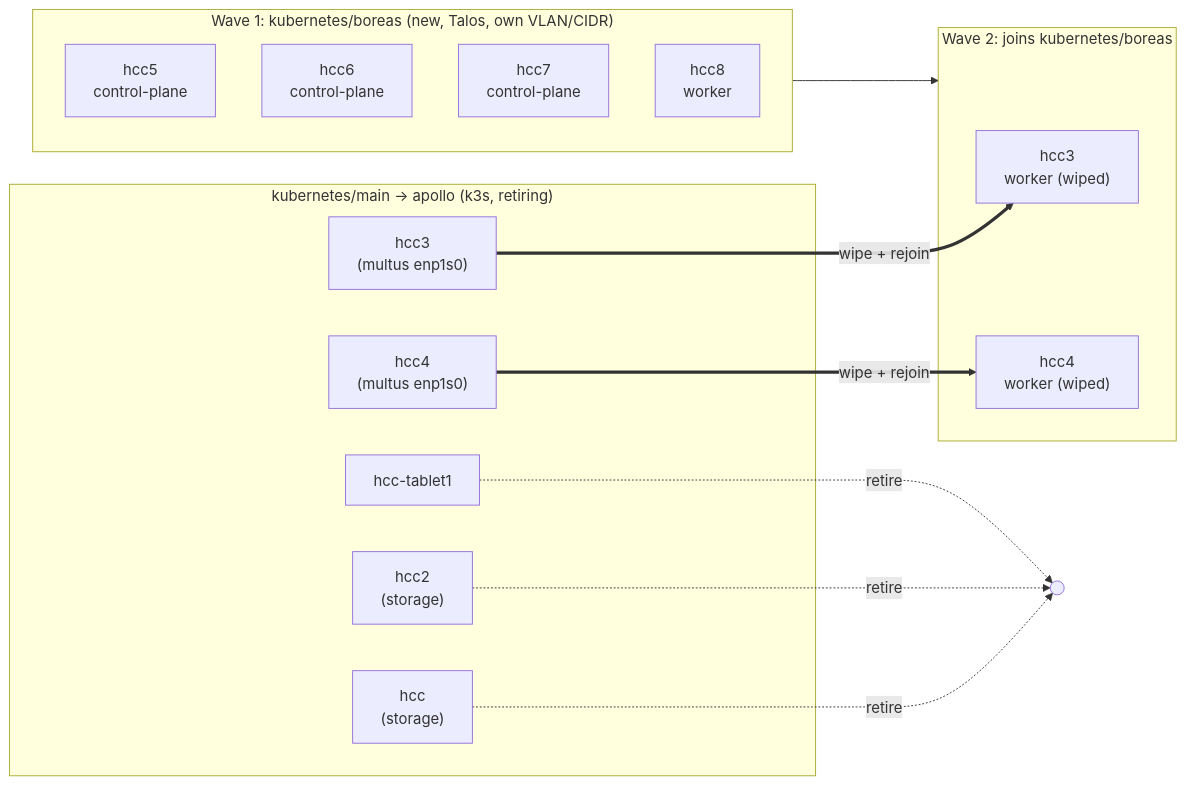
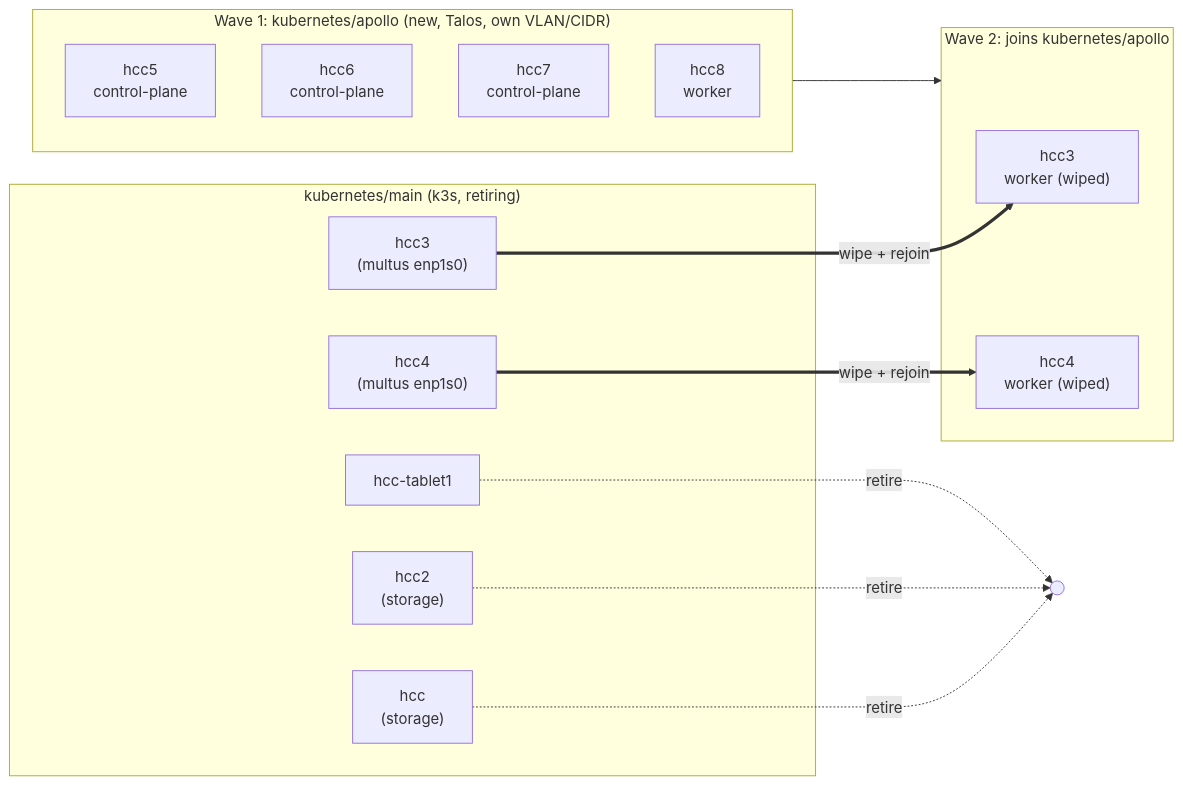
One commit to evanmoelter/hcc changed the first of 3 diagrams in plans/20260816-talos-migration.md. Above: the diagram before and after it, drawn with Mermaid. The commit also changed other lines of this file and 1 other file, not shown here.

First line of the commit message:
plan: rebuild apps on new cluster, name it apollo, fix DNS cutover

````diff
--- a/plans/20260816-talos-migration.md
+++ b/plans/20260816-talos-migration.md
@@ -33,29 +41,29 @@
 ```mermaid
 flowchart LR
-    subgraph old["kubernetes/main -> apollo (k3s, retiring)"]
-        hcc["hcc\n(storage)"]
-        hcc2["hcc2\n(storage)"]
+    subgraph old["kubernetes/main (k3s, retiring)"]
+        hcc["hcc<br/>(storage)"]
+        hcc2["hcc2<br/>(storage)"]
         tablet["hcc-tablet1"]
-        hcc3o["hcc3\n(multus enp1s0)"]
-        hcc4o["hcc4\n(multus enp1s0)"]
+        hcc3o["hcc3<br/>(multus enp1s0)"]
+        hcc4o["hcc4<br/>(multus enp1s0)"]
     end
 
-    subgraph w1["Wave 1: kubernetes/boreas (new, Talos, own VLAN/CIDR)"]
-        n1["hcc5\ncontrol-plane"]
-        n2["hcc6\ncontrol-plane"]
-        n3["hcc7\ncontrol-plane"]
-        n4["hcc8\nworker"]
+    subgraph w1["Wave 1: kubernetes/apollo (new, Talos, own VLAN/CIDR)"]
+        n1["hcc5<br/>control-plane"]
+        n2["hcc6<br/>control-plane"]
+        n3["hcc7<br/>control-plane"]
+        n4["hcc8<br/>worker"]
     end
 
-    subgraph w2["Wave 2: joins kubernetes/boreas"]
-        hcc3n["hcc3\nworker (wiped)"]
-        hcc4n["hcc4\nworker (wiped)"]
+    subgraph w2["Wave 2: joins kubernetes/apollo"]
+        hcc3n["hcc3<br/>worker (wiped)"]
+        hcc4n["hcc4<br/>worker (wiped)"]
     end
 
     hcc -.retire.-> X1(( ))
     hcc2 -.retire.-> X1
     tablet -.retire.-> X1
     hcc3o == wipe + rejoin ==> hcc3n
     hcc4o == wipe + rejoin ==> hcc4n
     w1 --> w2
 ```
````
